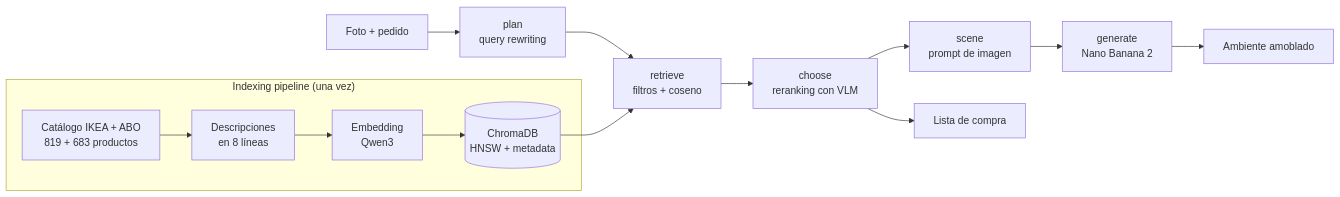
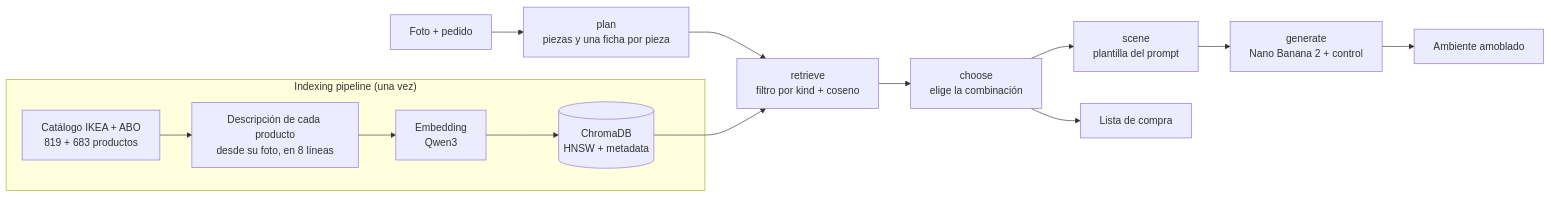
Before and after one commit to matiasrossiseifert/amoblai: the diagram in README.md, drawn with Mermaid. The commit also changed other lines of this file and 5 other files, not shown here.

````diff
--- a/README.md
+++ b/README.md
@@ -14,16 +14,16 @@
 ```mermaid
 flowchart LR
   subgraph IDX["Indexing pipeline (una vez)"]
-    A["Catálogo IKEA + ABO<br/>819 + 683 productos"] --> B["Descripciones<br/>en 8 líneas"]
+    A["Catálogo IKEA + ABO<br/>819 + 683 productos"] --> B["Descripción de cada producto<br/>desde su foto, en 8 líneas"]
     B --> E["Embedding<br/>Qwen3"]
     E --> V[("ChromaDB<br/>HNSW + metadata")]
   end
-  U["Foto + pedido"] --> P["plan<br/>query rewriting"]
-  P --> R["retrieve<br/>filtros + coseno"]
+  U["Foto + pedido"] --> P["plan<br/>piezas y una ficha por pieza"]
+  P --> R["retrieve<br/>filtro por kind + coseno"]
   V --> R
-  R --> C["choose<br/>reranking con VLM"]
-  C --> S["scene<br/>prompt de imagen"]
-  S --> G["generate<br/>Nano Banana 2"]
+  R --> C["choose<br/>elige la combinación"]
+  C --> S["scene<br/>plantilla del prompt"]
+  S --> G["generate<br/>Nano Banana 2 + control"]
   C --> L["Lista de compra"]
   G --> F["Ambiente amoblado"]
 ```
````
